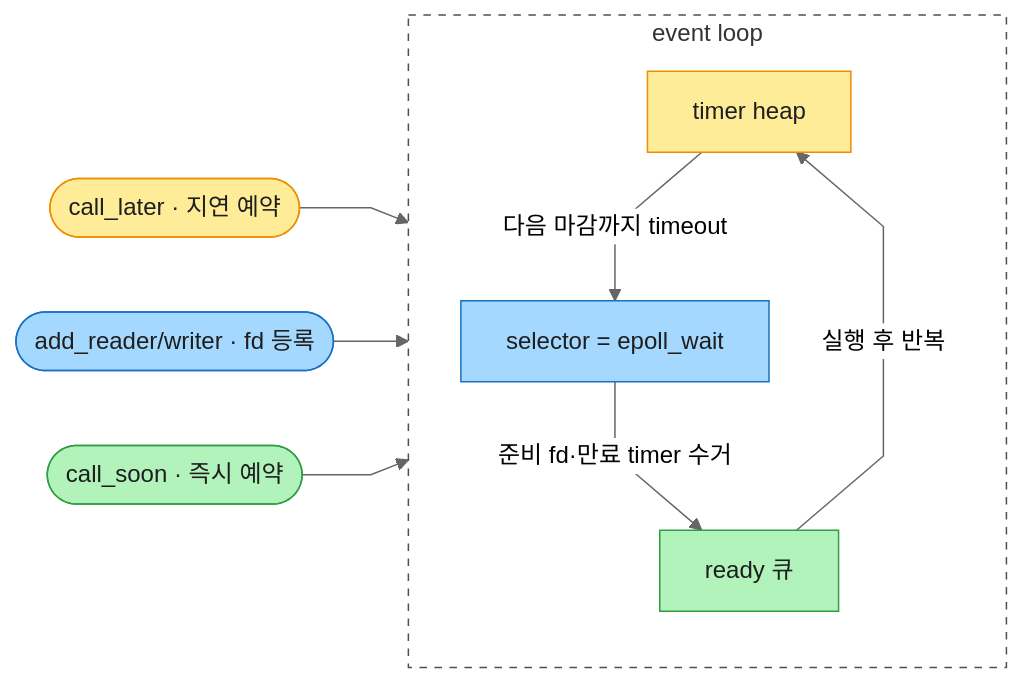
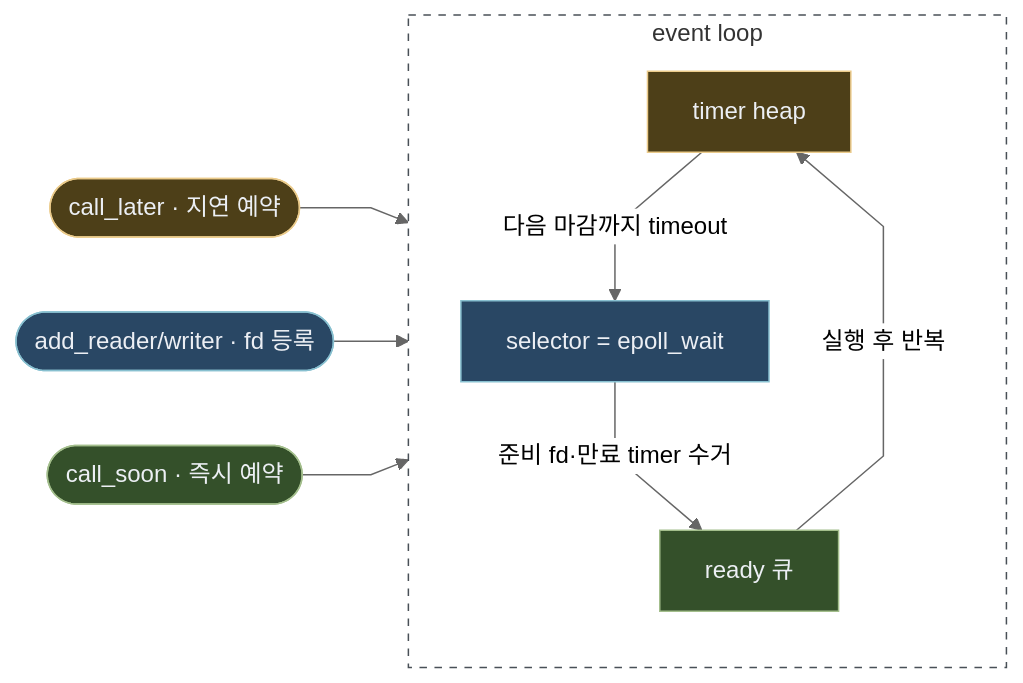
The second of 2 diagrams in content/Dev/CS/Concurrency and Parallelism.md (DS-argus/argus-quartz), drawn with Mermaid (neutral theme) before and after one commit. The commit also changed other lines of this file, not shown here.

Commit message:
fix: darken mermaid node fills for readable labels on Quartz dark theme
Quartz forces light node label text (ignores mermaid color directive),
so the light pastel fills left labels near-invisible. Switch to deep
fills + bright Nord borders so the light text reads clearly, matching
the bordered/deep-fill look from Obsidian.

````diff
--- a/content/Dev/CS/Concurrency and Parallelism.md
+++ b/content/Dev/CS/Concurrency and Parallelism.md
@@ -429,29 +429,29 @@
 ```mermaid
 %%{init: {'flowchart': {'curve': 'linear'}}}%%
 flowchart LR
     CL(["call_later · 지연 예약"])
     AR(["add_reader/writer · fd 등록"])
     CS(["call_soon · 즉시 예약"])
 
     subgraph EL["event loop"]
         direction TB
         TH["timer heap"]
         SEL["selector = epoll_wait"]
         RQ["ready 큐"]
     end
 
     CL --> TH
     AR --> SEL
     CS --> RQ
     TH -->|다음 마감까지 timeout| SEL
     SEL -->|준비 fd·만료 timer 수거| RQ
     RQ -->|실행 후 반복| TH
 
     style EL fill:none,stroke:#495057,stroke-dasharray: 5 5
-    style CL fill:#ffec99,stroke:#f08c00,color:#1e1e1e
-    style TH fill:#ffec99,stroke:#f08c00,color:#1e1e1e
-    style AR fill:#a5d8ff,stroke:#1971c2,color:#1e1e1e
-    style SEL fill:#a5d8ff,stroke:#1971c2,color:#1e1e1e
-    style CS fill:#b2f2bb,stroke:#2f9e44,color:#1e1e1e
-    style RQ fill:#b2f2bb,stroke:#2f9e44,color:#1e1e1e
+    style CL fill:#4d3f18,stroke:#ebcb8b,color:#eceff4
+    style TH fill:#4d3f18,stroke:#ebcb8b,color:#eceff4
+    style AR fill:#294764,stroke:#88c0d0,color:#eceff4
+    style SEL fill:#294764,stroke:#88c0d0,color:#eceff4
+    style CS fill:#34502a,stroke:#a3be8c,color:#eceff4
+    style RQ fill:#34502a,stroke:#a3be8c,color:#eceff4
 ```
````
